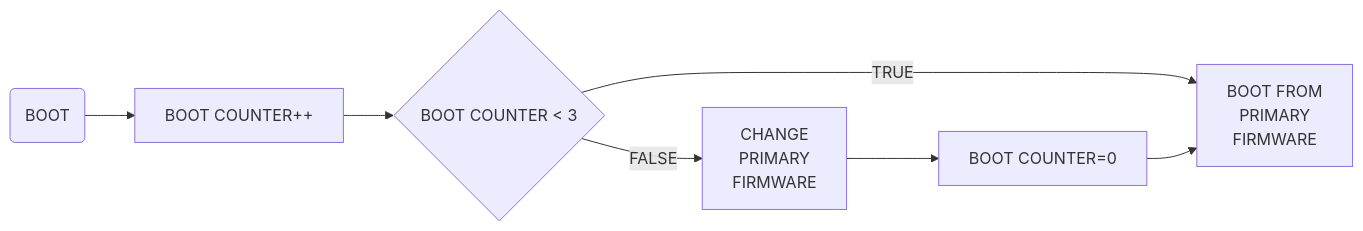
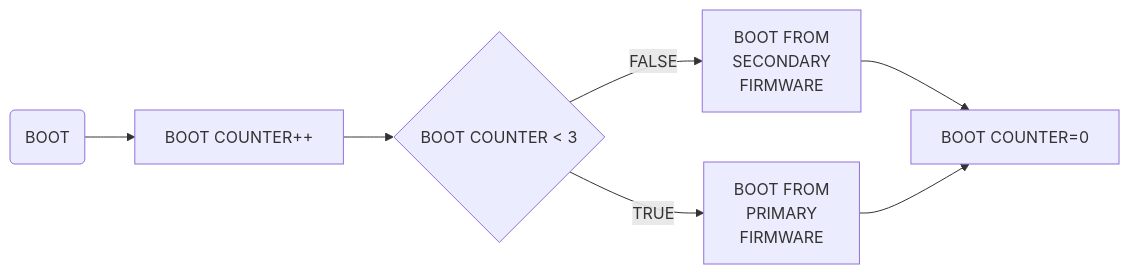
One commit to PeakSat/OBC-bootloader changed the diagram in README.md. Above: the diagram before and after it, drawn with Mermaid. The commit also changed other lines of this file and 2 other files, not shown here.

````diff
--- a/README.md
+++ b/README.md
@@ -5,9 +4,9 @@
 ```mermaid
 graph LR
 A(BOOT) --> B[BOOT COUNTER++]
 B --> C{BOOT COUNTER < 3}
-C -- FALSE --> D[CHANGE<BR>PRIMARY<BR>FIRMWARE]
+C -- FALSE --> D[BOOT FROM<BR>SECONDARY<BR>FIRMWARE]
+C -- TRUE --> E[BOOT FROM<BR>PRIMARY<BR>FIRMWARE]
 D --> F[BOOT COUNTER=0]
-C -- TRUE --> E[BOOT FROM<BR>PRIMARY<BR>FIRMWARE]
-F -->E
+E --> F
 ```
````
